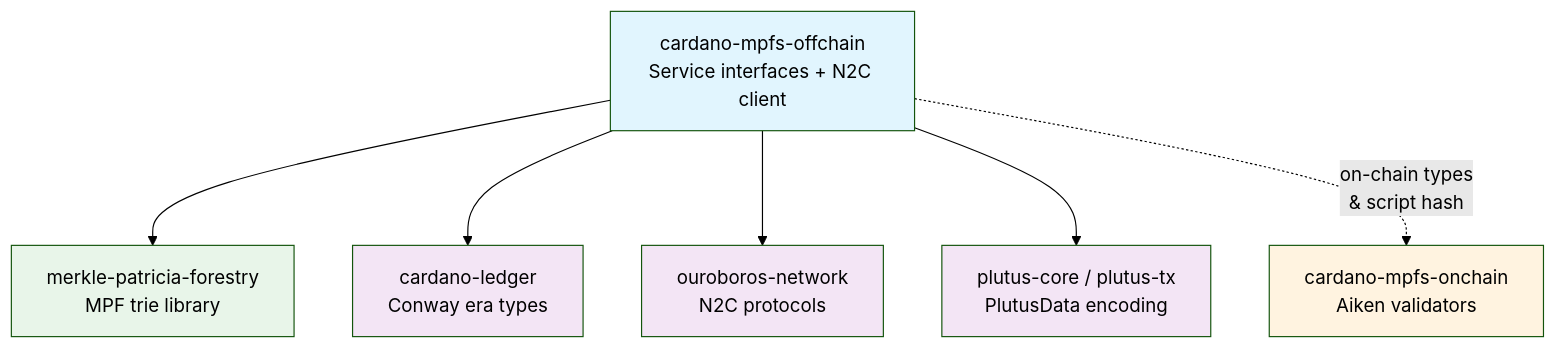
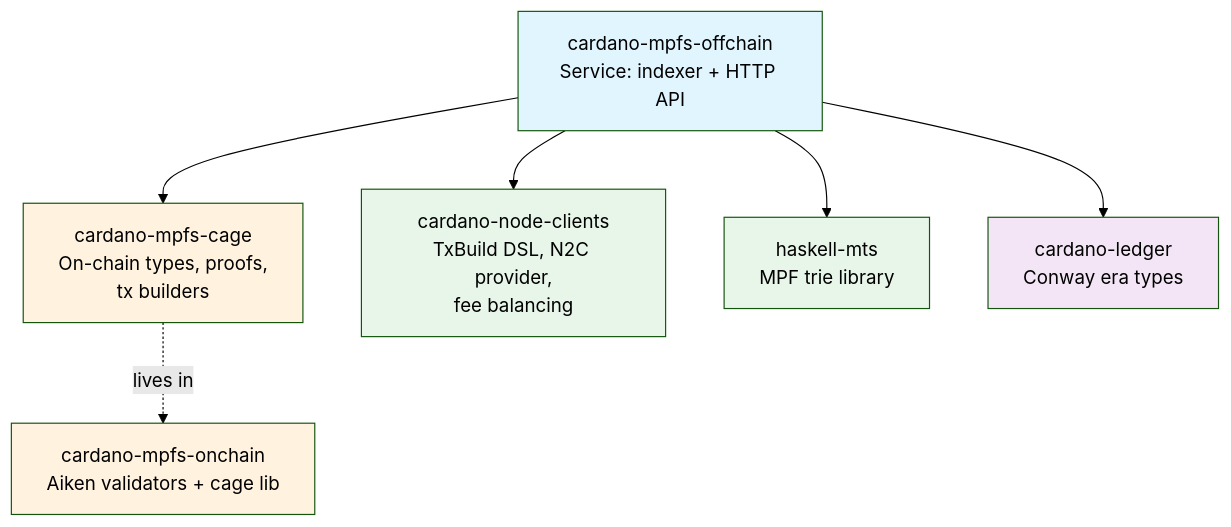
Before and after one commit to lambdasistemi/cardano-mpfs-offchain: the fourth of 5 diagrams in docs/architecture/overview.md, drawn with Mermaid (forest theme). The commit also changed other lines of this file and 3 other files, not shown here.

````diff
--- a/docs/architecture/overview.md
+++ b/docs/architecture/overview.md
@@ -90,22 +90,22 @@
 ```mermaid
 graph TD
-    OFFCHAIN["cardano-mpfs-offchain<br/>Service interfaces + N2C client"]
-    MPF["merkle-patricia-forestry<br/>MPF trie library"]
-    ONCHAIN["cardano-mpfs-onchain<br/>Aiken validators"]
+    OFFCHAIN["cardano-mpfs-offchain<br/>Service: indexer + HTTP API"]
+    CAGE["cardano-mpfs-cage<br/>On-chain types, proofs,<br/>tx builders"]
+    CLIENTS["cardano-node-clients<br/>TxBuild DSL, N2C provider,<br/>fee balancing"]
+    MTS["haskell-mts<br/>MPF trie library"]
+    ONCHAIN["cardano-mpfs-onchain<br/>Aiken validators + cage lib"]
     LEDGER["cardano-ledger<br/>Conway era types"]
-    OUROBOROS["ouroboros-network<br/>N2C protocols"]
-    PLUTUS["plutus-core / plutus-tx<br/>PlutusData encoding"]
 
-    OFFCHAIN --> MPF
+    OFFCHAIN --> CAGE
+    OFFCHAIN --> CLIENTS
+    OFFCHAIN --> MTS
     OFFCHAIN --> LEDGER
-    OFFCHAIN --> OUROBOROS
-    OFFCHAIN --> PLUTUS
-    OFFCHAIN -.->|"on-chain types<br/>& script hash"| ONCHAIN
+    CAGE -.->|"lives in"| ONCHAIN
 
     style OFFCHAIN fill:#e1f5fe
-    style MPF fill:#e8f5e9
+    style CAGE fill:#fff3e0
+    style CLIENTS fill:#e8f5e9
+    style MTS fill:#e8f5e9
     style ONCHAIN fill:#fff3e0
     style LEDGER fill:#f3e5f5
-    style OUROBOROS fill:#f3e5f5
-    style PLUTUS fill:#f3e5f5
 ```
````
